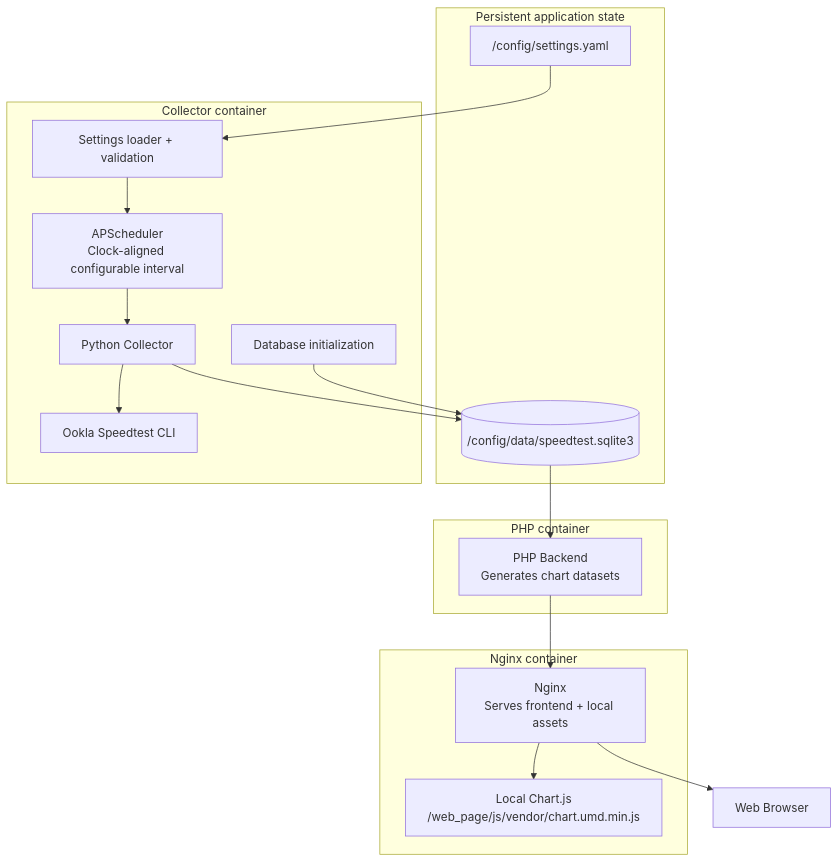
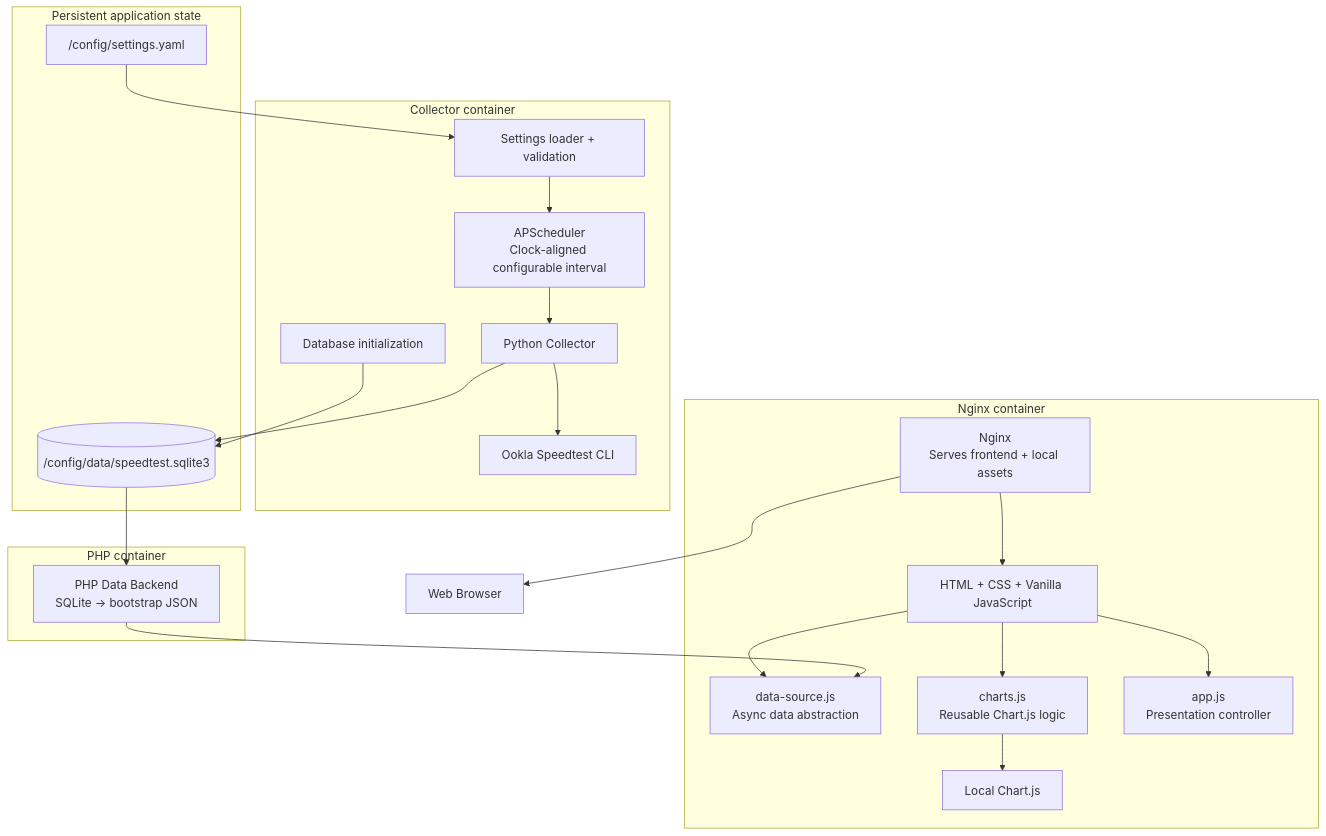
One commit to cristianCanek/speed_test changed the first of 2 diagrams in README.md. Above: the diagram before and after it, drawn with Mermaid. The commit also changed other lines of this file and 2 other files, not shown here.

````diff
--- a/README.md
+++ b/README.md
@@ -93,40 +100,48 @@
 ```mermaid
 flowchart TB
 
     subgraph PersistentState["Persistent application state"]
         Config["/config/settings.yaml"]
         SQLite[("/config/data/speedtest.sqlite3")]
     end
 
     subgraph CollectorContainer["Collector container"]
         Settings["Settings loader + validation"]
         Scheduler["APScheduler<br/>Clock-aligned configurable interval"]
         Collector["Python Collector"]
         Ookla["Ookla Speedtest CLI"]
         DBInit["Database initialization"]
 
         Settings --> Scheduler
         Scheduler --> Collector
         Collector --> Ookla
     end
 
     subgraph PHPContainer["PHP container"]
-        PHP["PHP Backend<br/>Generates chart datasets"]
+        PHP["PHP Data Backend<br/>SQLite → bootstrap JSON"]
     end
 
     subgraph NginxContainer["Nginx container"]
         Nginx["Nginx<br/>Serves frontend + local assets"]
-        ChartJS["Local Chart.js<br/>/web_page/js/vendor/chart.umd.min.js"]
+        Frontend["HTML + CSS + Vanilla JavaScript"]
+        DataSource["data-source.js<br/>Async data abstraction"]
+        Charts["charts.js<br/>Reusable Chart.js logic"]
+        App["app.js<br/>Presentation controller"]
+        ChartJS["Local Chart.js"]
 
-        Nginx --> ChartJS
+        Nginx --> Frontend
+        Frontend --> DataSource
+        Frontend --> Charts
+        Frontend --> App
+        Charts --> ChartJS
     end
 
     Browser["Web Browser"]
 
     Config --> Settings
     DBInit --> SQLite
     Collector --> SQLite
     SQLite --> PHP
-    PHP --> Nginx
+    PHP --> DataSource
     Nginx --> Browser
 ```
````
